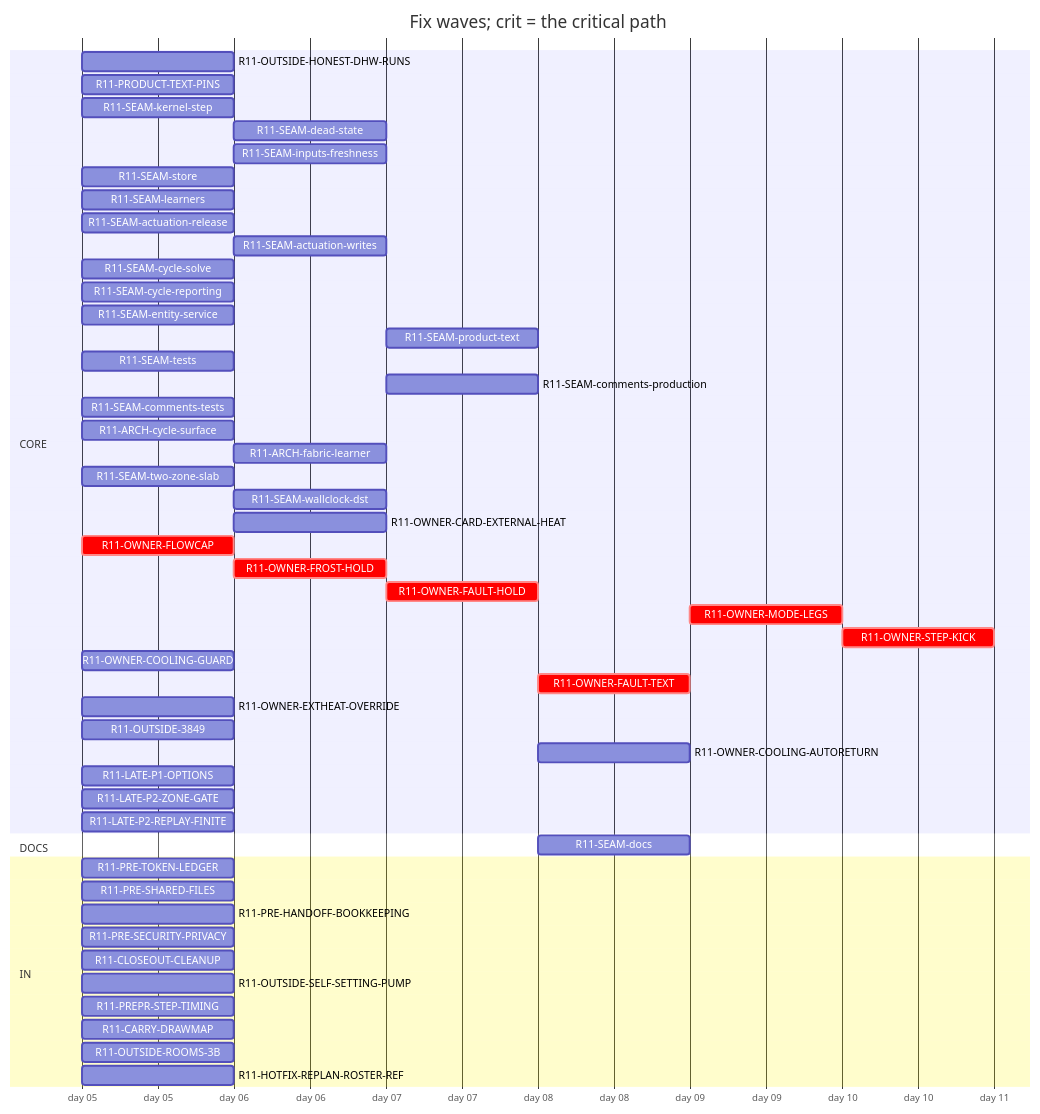
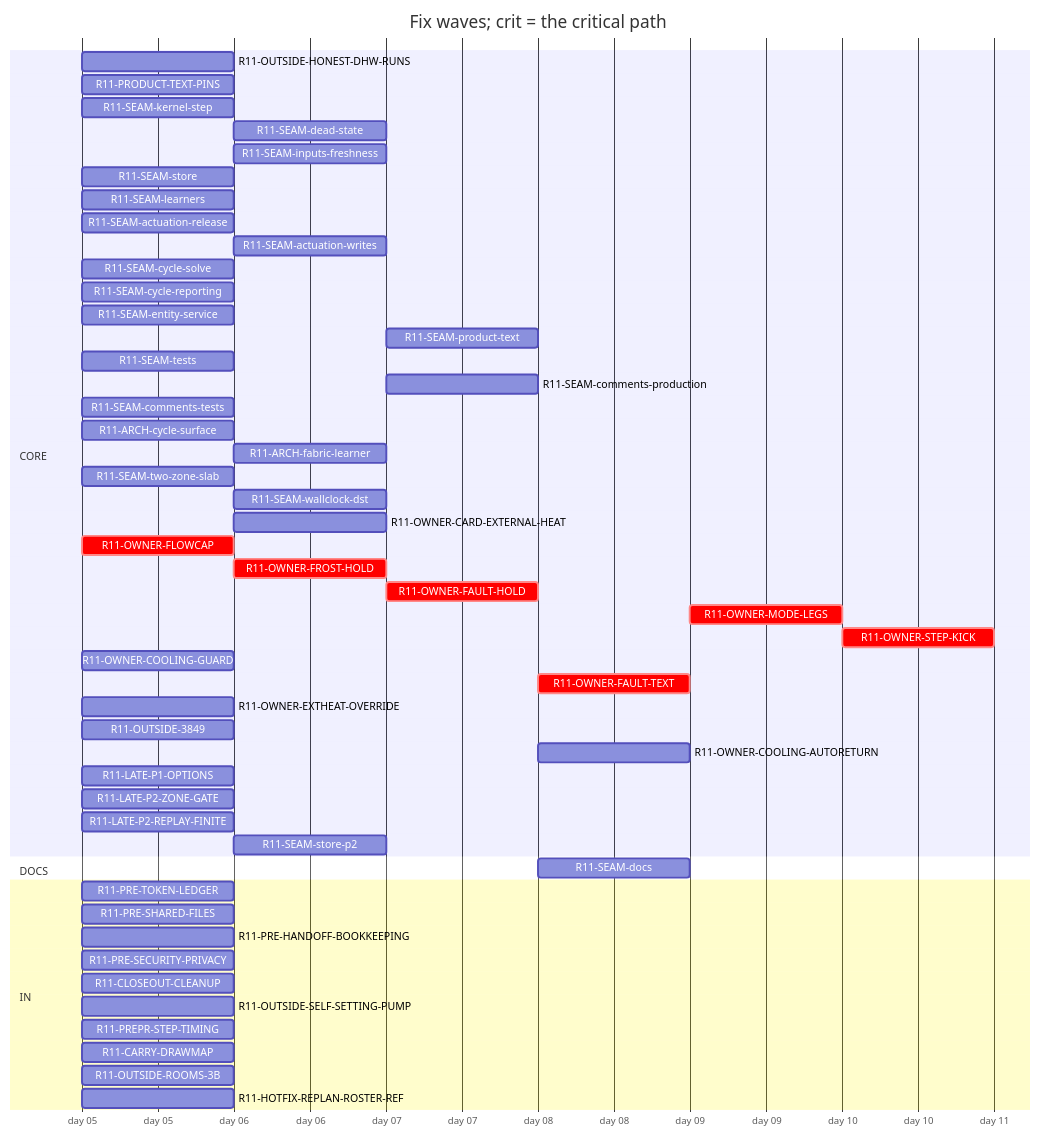
The diagram in handoff/round11/state/PLAN-TABLE.md (tvofi/heatpump_optimizer), drawn with Mermaid before and after one commit. The commit also changed other lines of this file and 3 other files, not shown here.

Commit message:
state: FLOW-BOARD.md, NEXT-SESSION-PROMPT.md, PLAN-TABLE.md, PLAN.html, RESUME-CURRENT.md regenerated (state_docs.py)

````diff
--- a/handoff/round11/state/PLAN-TABLE.md
+++ b/handoff/round11/state/PLAN-TABLE.md
@@ -16,54 +16,55 @@
 ```mermaid
 gantt
   title Fix waves; crit = the critical path
   dateFormat YYYY-MM-DD
   axisFormat day %d
   section CORE
     R11-OUTSIDE-HONEST-DHW-RUNS :r11OUTSIDEHONESTDHWRUNS, 2026-01-05, 1d
     R11-PRODUCT-TEXT-PINS :r11PRODUCTTEXTPINS, 2026-01-05, 1d
     R11-SEAM-kernel-step :r11SEAMkernelstep, 2026-01-05, 1d
     R11-SEAM-dead-state :r11SEAMdeadstate, after r11SEAMstore, 1d
     R11-SEAM-inputs-freshness :r11SEAMinputsfreshness, after r11SEAMkernelstep, 1d
     R11-SEAM-store :r11SEAMstore, 2026-01-05, 1d
     R11-SEAM-learners :r11SEAMlearners, 2026-01-05, 1d
     R11-SEAM-actuation-release :r11SEAMactuationrelease, 2026-01-05, 1d
     R11-SEAM-actuation-writes :r11SEAMactuationwrites, after r11SEAMkernelstep r11SEAMactuationrelease, 1d
     R11-SEAM-cycle-solve :r11SEAMcyclesolve, 2026-01-05, 1d
     R11-SEAM-cycle-reporting :r11SEAMcyclereporting, 2026-01-05, 1d
     R11-SEAM-entity-service :r11SEAMentityservice, 2026-01-05, 1d
     R11-SEAM-product-text :r11SEAMproducttext, after r11SEAMactuationrelease r11SEAMactuationwrites r11SEAMentityservice r11SEAMinputsfreshness r11SEAMcyclesolve r11SEAMcyclereporting, 1d
     R11-SEAM-tests :r11SEAMtests, 2026-01-05, 1d
     R11-SEAM-comments-production :r11SEAMcommentsproduction, after r11SEAMactuationrelease r11SEAMactuationwrites r11SEAMentityservice r11SEAMinputsfreshness r11SEAMcyclesolve r11SEAMcyclereporting, 1d
     R11-SEAM-comments-tests :r11SEAMcommentstests, 2026-01-05, 1d
     R11-ARCH-cycle-surface :r11ARCHcyclesurface, 2026-01-05, 1d
     R11-ARCH-fabric-learner :r11ARCHfabriclearner, after r11SEAMlearners, 1d
     R11-SEAM-two-zone-slab :r11SEAMtwozoneslab, 2026-01-05, 1d
     R11-SEAM-wallclock-dst :r11SEAMwallclockdst, after r11SEAMkernelstep, 1d
     R11-OWNER-CARD-EXTERNAL-HEAT :r11OWNERCARDEXTERNALHEAT, after r11OWNEREXTHEATOVERRIDE, 1d
     R11-OWNER-FLOWCAP :crit, r11OWNERFLOWCAP, 2026-01-05, 1d
     R11-OWNER-FROST-HOLD :crit, r11OWNERFROSTHOLD, after r11OWNERFLOWCAP, 1d
     R11-OWNER-FAULT-HOLD :crit, r11OWNERFAULTHOLD, after r11OWNERFROSTHOLD, 1d
     R11-OWNER-MODE-LEGS :crit, r11OWNERMODELEGS, after r11OWNERFAULTTEXT, 1d
     R11-OWNER-STEP-KICK :crit, r11OWNERSTEPKICK, after r11OWNERMODELEGS, 1d
     R11-OWNER-COOLING-GUARD :r11OWNERCOOLINGGUARD, 2026-01-05, 1d
     R11-OWNER-FAULT-TEXT :crit, r11OWNERFAULTTEXT, after r11OWNERFAULTHOLD, 1d
     R11-OWNER-EXTHEAT-OVERRIDE :r11OWNEREXTHEATOVERRIDE, 2026-01-05, 1d
     R11-OUTSIDE-3849 :r11OUTSIDE3849, 2026-01-05, 1d
     R11-OWNER-COOLING-AUTORETURN :r11OWNERCOOLINGAUTORETURN, after r11OWNERCOOLINGGUARD r11OWNERFAULTHOLD, 1d
     R11-LATE-P1-OPTIONS :r11LATEP1OPTIONS, 2026-01-05, 1d
     R11-LATE-P2-ZONE-GATE :r11LATEP2ZONEGATE, 2026-01-05, 1d
     R11-LATE-P2-REPLAY-FINITE :r11LATEP2REPLAYFINITE, 2026-01-05, 1d
+    R11-SEAM-store-p2 :r11SEAMstorep2, after r11SEAMstore, 1d
   section DOCS
     R11-SEAM-docs :r11SEAMdocs, after r11SEAMlearners r11SEAMactuationrelease r11SEAMactuationwrites r11SEAMentityservice r11SEAMinputsfreshness r11SEAMcyclesolve r11SEAMcyclereporting r11SEAMproducttext, 1d
   section IN
     R11-PRE-TOKEN-LEDGER :r11PRETOKENLEDGER, 2026-01-05, 1d
     R11-PRE-SHARED-FILES :r11PRESHAREDFILES, 2026-01-05, 1d
     R11-PRE-HANDOFF-BOOKKEEPING :r11PREHANDOFFBOOKKEEPING, 2026-01-05, 1d
     R11-PRE-SECURITY-PRIVACY :r11PRESECURITYPRIVACY, 2026-01-05, 1d
     R11-CLOSEOUT-CLEANUP :r11CLOSEOUTCLEANUP, 2026-01-05, 1d
     R11-OUTSIDE-SELF-SETTING-PUMP :r11OUTSIDESELFSETTINGPUMP, 2026-01-05, 1d
     R11-PREPR-STEP-TIMING :r11PREPRSTEPTIMING, 2026-01-05, 1d
     R11-CARRY-DRAWMAP :r11CARRYDRAWMAP, 2026-01-05, 1d
     R11-OUTSIDE-ROOMS-3B :r11OUTSIDEROOMS3B, 2026-01-05, 1d
     R11-HOTFIX-REPLAN-ROSTER-REF :r11HOTFIXREPLANROSTERREF, 2026-01-05, 1d
 ```
````
